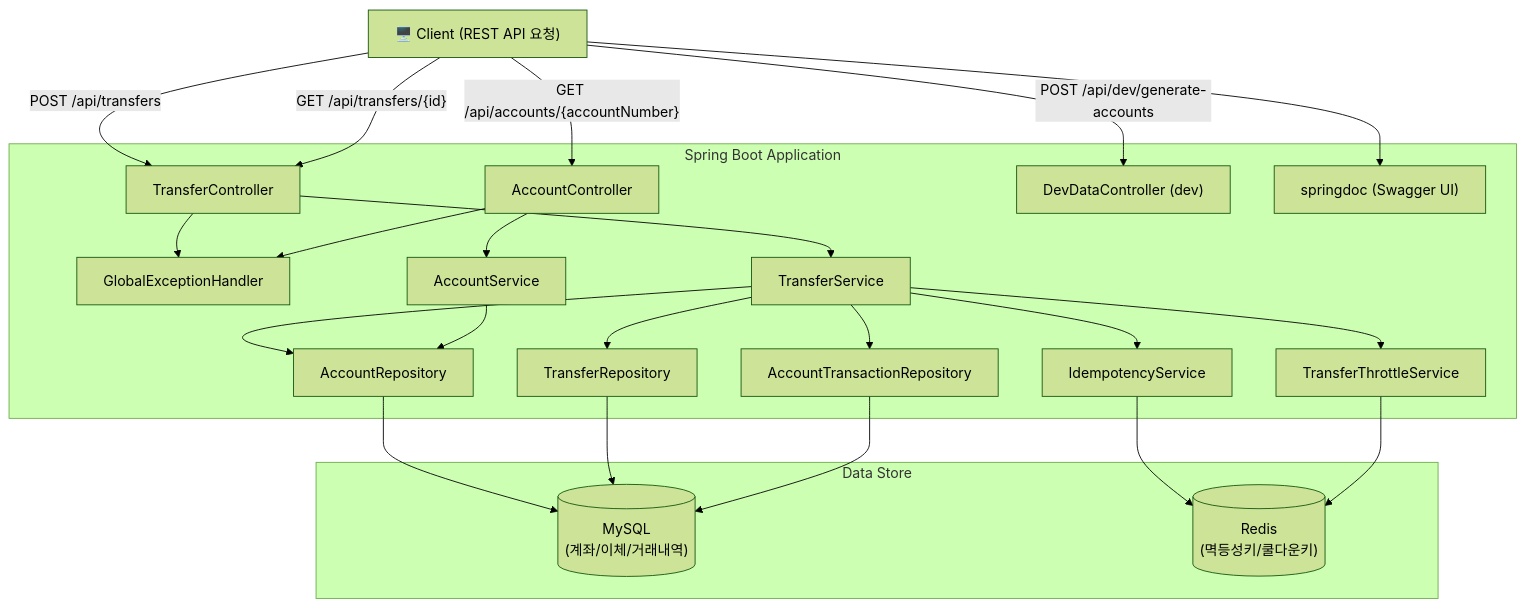
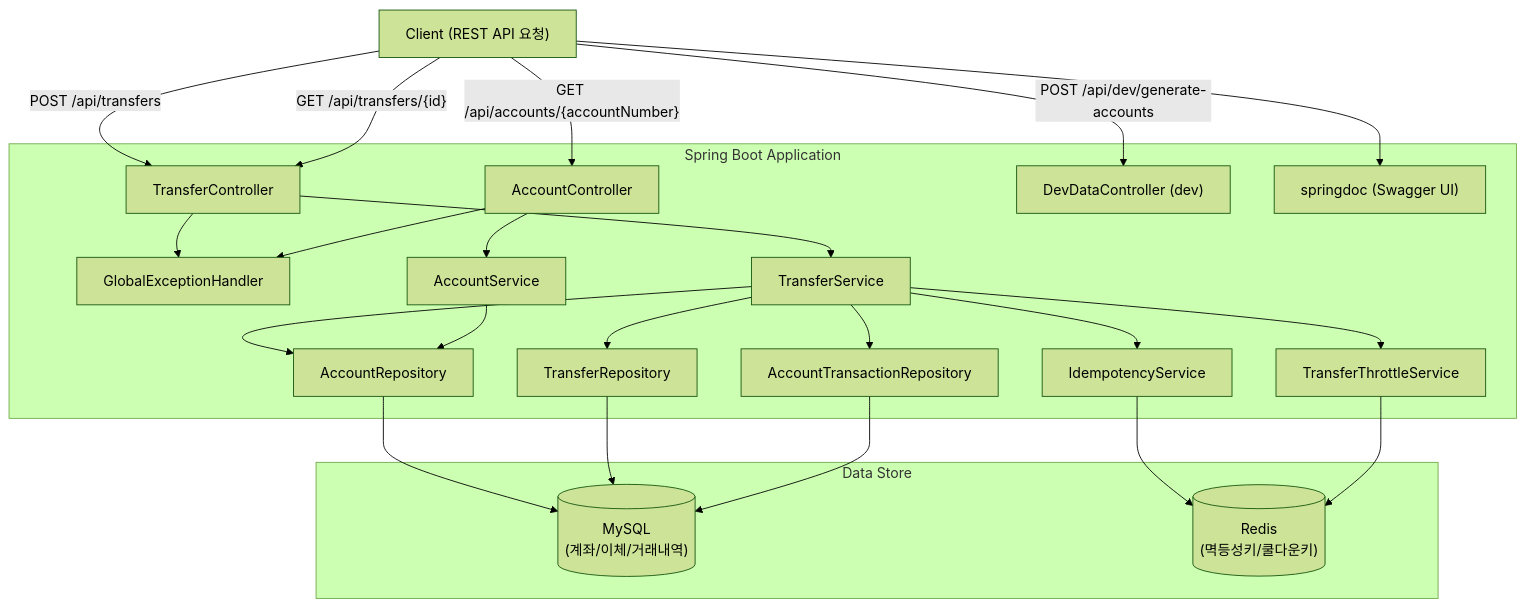
One commit to Pray-T/BankTransferSys_Backend_Restful changed the first of 3 diagrams in README.md. Above: the diagram before and after it, drawn with Mermaid (forest theme). The commit also changed other lines of this file, not shown here.

````diff
--- a/README.md
+++ b/README.md
@@ -92,43 +94,43 @@
 ```mermaid
 graph TB
-    Client["🖥️ Client (REST API 요청)"]
+    Client["Client (REST API 요청)"]
 
     subgraph SpringBoot["Spring Boot Application"]
         TC["TransferController"]
         AC["AccountController"]
         DC["DevDataController (dev)"]
         GEH["GlobalExceptionHandler"]
         TS["TransferService"]
         AS["AccountService"]
         IS["IdempotencyService"]
         TTS["TransferThrottleService"]
         AR["AccountRepository"]
         TR["TransferRepository"]
         ATR["AccountTransactionRepository"]
         DOC["springdoc (Swagger UI)"]
     end
     subgraph DataStore["Data Store"]
         MySQL[("MySQL\n(계좌/이체/거래내역)")]
         Redis[("Redis\n(멱등성키/쿨다운키)")]
     end
     Client -->|"POST /api/transfers"| TC
     Client -->|"GET /api/transfers/{id}"| TC
     Client -->|"GET /api/accounts/{accountNumber}"| AC
     Client -->|"POST /api/dev/generate-accounts"| DC
     Client --> DOC
     TC --> TS
     AC --> AS
     TS --> IS
     TS --> TTS
     TS --> AR
     TS --> TR
     TS --> ATR
     AS --> AR
     IS --> Redis
     TTS --> Redis
     AR --> MySQL
     TR --> MySQL
     ATR --> MySQL
     TC --> GEH
     AC --> GEH
 ```
````
